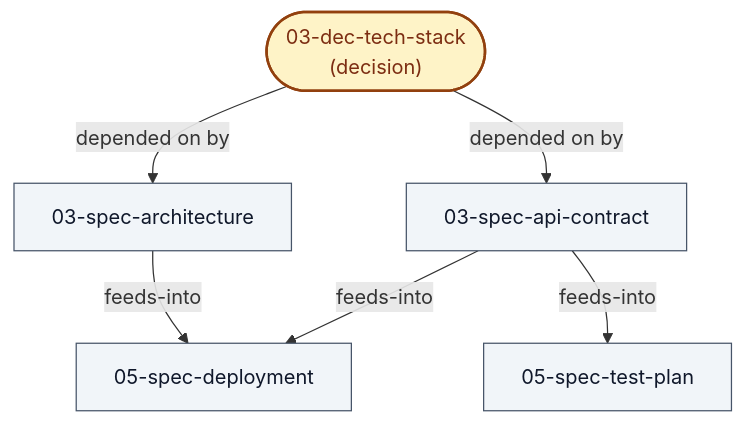
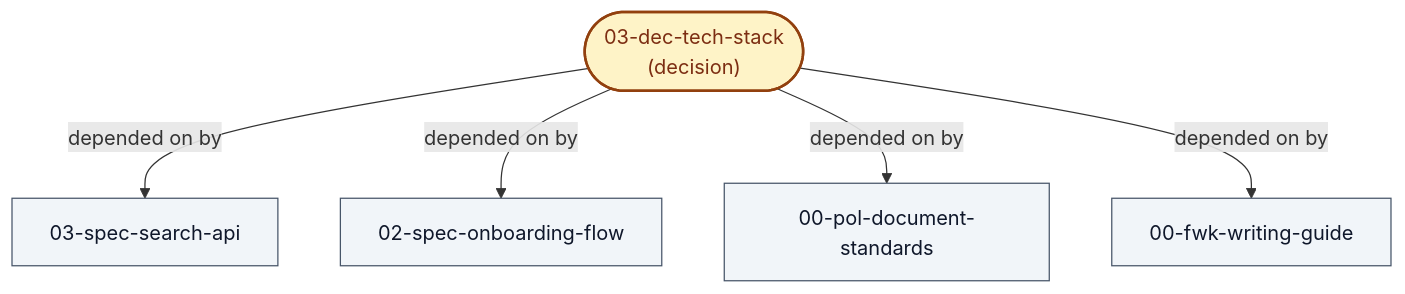
The third of 5 diagrams in README.md (mihaelamaciuca/knowledge-layer), drawn with Mermaid before and after one commit. The commit also changed other lines of this file, not shown here.

````diff
--- a/README.md
+++ b/README.md
@@ -133,17 +167,16 @@
 ```mermaid
 flowchart TD
     dec(["03-dec-tech-stack<br/>(decision)"]):::dec
-    spec1["03-spec-architecture"]:::spec
-    spec2["03-spec-api-contract"]:::spec
-    spec3["05-spec-deployment"]:::spec
-    test["05-spec-test-plan"]:::spec
+    s1["03-spec-search-api"]:::spec
+    s2["02-spec-onboarding-flow"]:::spec
+    p1["00-pol-document-standards"]:::spec
+    f1["00-fwk-writing-guide"]:::spec
 
-    dec -->|depended on by| spec1
-    dec -->|depended on by| spec2
-    spec1 -->|feeds-into| spec3
-    spec2 -->|feeds-into| test
-    spec2 -->|feeds-into| spec3
+    dec -->|depended on by| s1
+    dec -->|depended on by| s2
+    dec -->|depended on by| p1
+    dec -->|depended on by| f1
 
     classDef dec fill:#fef3c7,stroke:#92400e,stroke-width:2px,color:#7c2d12;
     classDef spec fill:#f1f5f9,stroke:#475569,color:#0f172a;
 ```
````
